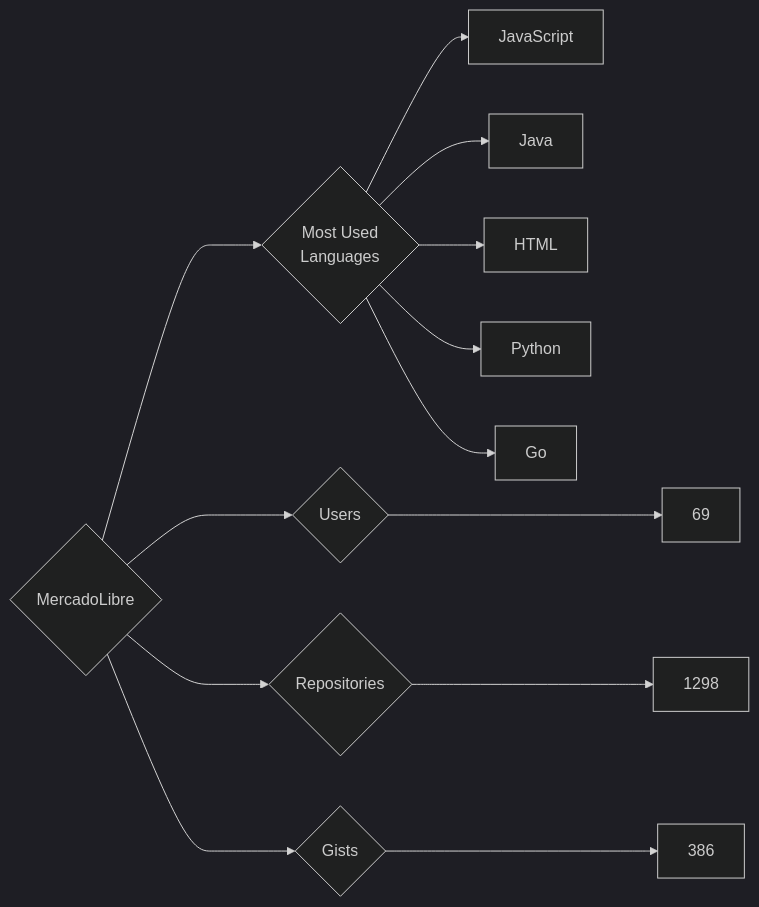
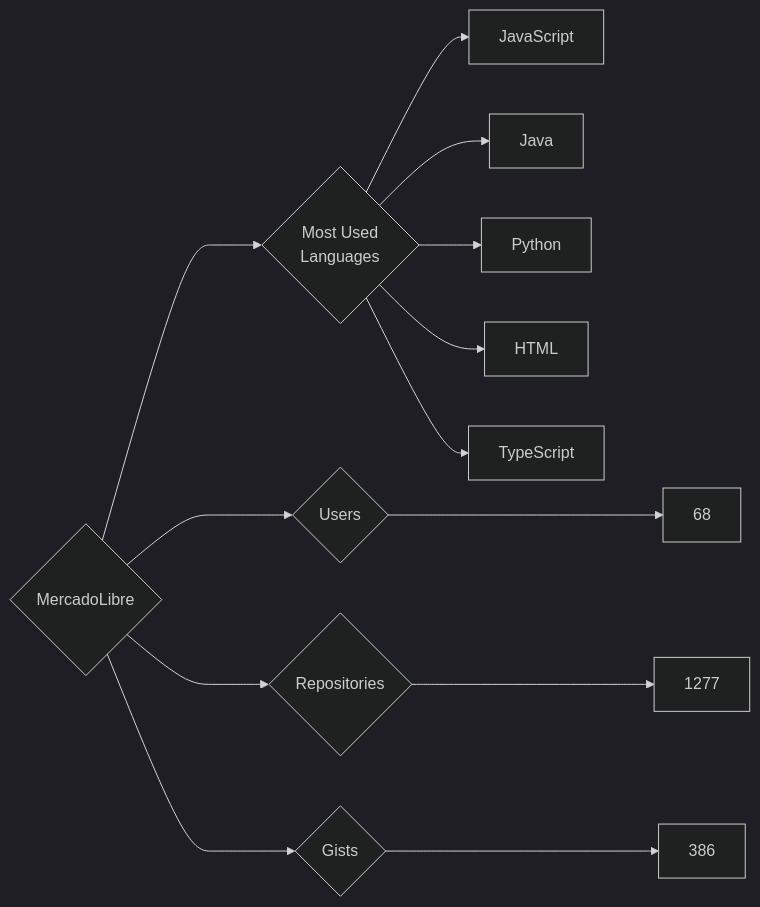
The diagram in targets/MercadoLibre/README.md (trickest/insiders), drawn with Mermaid (dark theme) before and after one commit. The commit also changed 765 other files, not shown here.

````diff
--- a/targets/MercadoLibre/README.md
+++ b/targets/MercadoLibre/README.md
@@ -3,13 +3,13 @@
 ```mermaid
 graph LR
 COMPANY_NAME{MercadoLibre}
-COMPANY_NAME ---> U{Users} ---> UN[69]
-COMPANY_NAME ---> R{Repositories} ---> RN[1298]
+COMPANY_NAME ---> U{Users} ---> UN[68]
+COMPANY_NAME ---> R{Repositories} ---> RN[1277]
 COMPANY_NAME ---> G{Gists} ---> GN[386]
 COMPANY_NAME ---> ML{Most Used<br>Languages}
 ML --> JavaScript[JavaScript]
 ML --> Java[Java]
+ML --> Python[Python]
 ML --> HTML[HTML]
-ML --> Python[Python]
-ML --> Go[Go]
+ML --> TypeScript[TypeScript]
 ```
````
